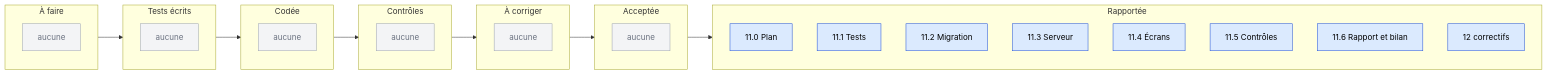
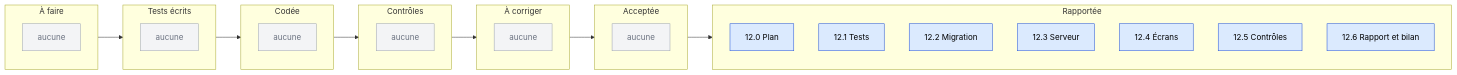
Before and after one commit to lyon32/lyonpanel: the second of 5 diagrams in docs/reports/TABLEAU-DE-BORD.md, drawn with Mermaid. The commit also changed other lines of this file and 14 other files, not shown here.

Commit message:
docs(phase-12): bilan, rapports, sécurité, roadmap, changelog, API_SPEC (q)

````diff
--- a/docs/reports/TABLEAU-DE-BORD.md
+++ b/docs/reports/TABLEAU-DE-BORD.md
@@ -37,43 +36,42 @@
 ```mermaid
 flowchart LR
   subgraph A["À faire"]
     direction TB
     a0["aucune"]
   end
   subgraph B["Tests écrits"]
     direction TB
     b0["aucune"]
   end
   subgraph C["Codée"]
     direction TB
     c0["aucune"]
   end
   subgraph D["Contrôles"]
     direction TB
     d0["aucune"]
   end
   subgraph E["À corriger"]
     direction TB
     e0["aucune"]
   end
   subgraph F["Acceptée"]
     direction TB
     f0["aucune"]
   end
   subgraph G["Rapportée"]
     direction TB
-    g0["11.0 Plan"]
-    g1["11.1 Tests"]
-    g2["11.2 Migration"]
-    g3["11.3 Serveur"]
-    g4["11.4 Écrans"]
-    g5["11.5 Contrôles"]
-    g6["11.6 Rapport et bilan"]
-    g7["12 correctifs"]
+    g0["12.0 Plan"]
+    g1["12.1 Tests"]
+    g2["12.2 Migration"]
+    g3["12.3 Serveur"]
+    g4["12.4 Écrans"]
+    g5["12.5 Contrôles"]
+    g6["12.6 Rapport et bilan"]
   end
   A --> B --> C --> D --> E --> F --> G
   classDef fait fill:#DBEAFE,stroke:#1D4ED8,color:#000
   classDef vide fill:#F3F4F6,stroke:#9CA3AF,color:#6B7280
-  class g0,g1,g2,g3,g4,g5,g6,g7 fait
+  class g0,g1,g2,g3,g4,g5,g6 fait
   class a0,b0,c0,d0,e0,f0 vide
 ```
````
